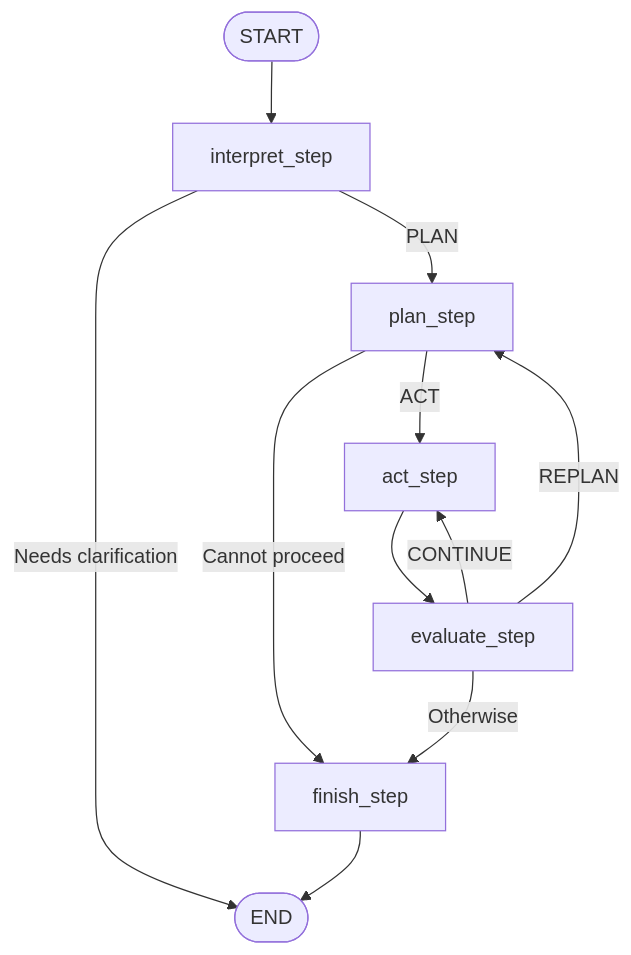
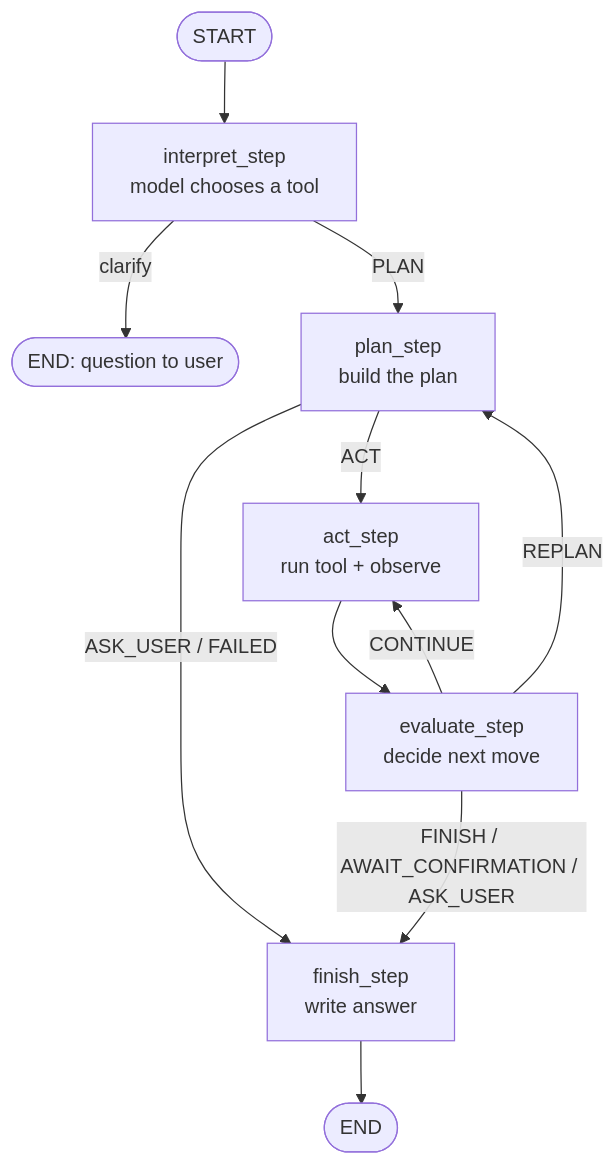
One commit to hosseinbahrami2006/multi_step_fruit_store_agent changed the diagram in README.md. Above: the diagram before and after it, drawn with Mermaid. The commit also changed other lines of this file, not shown here.

````diff
--- a/README.md
+++ b/README.md
@@ -74,18 +158,13 @@
 ```mermaid
 flowchart TD
-    START([START]) --> I[interpret_step]
-
-    I -->|PLAN| P[plan_step]
-    I -->|Needs clarification| END([END])
-
-    P -->|ACT| A[act_step]
-    P -->|Cannot proceed| F[finish_step]
-
-    A --> E[evaluate_step]
-
+    START([START]) --> I[interpret_step<br/>model chooses a tool]
+    I -->|clarify| END1([END: question to user])
+    I -->|PLAN| P[plan_step<br/>build the plan]
+    P -->|ACT| A[act_step<br/>run tool + observe]
+    P -->|ASK_USER / FAILED| F[finish_step<br/>write answer]
+    A --> E[evaluate_step<br/>decide next move]
     E -->|CONTINUE| A
     E -->|REPLAN| P
-    E -->|Otherwise| F
-
-    F --> END
+    E -->|FINISH / AWAIT_CONFIRMATION / ASK_USER| F
+    F --> END2([END])
 ```
````
